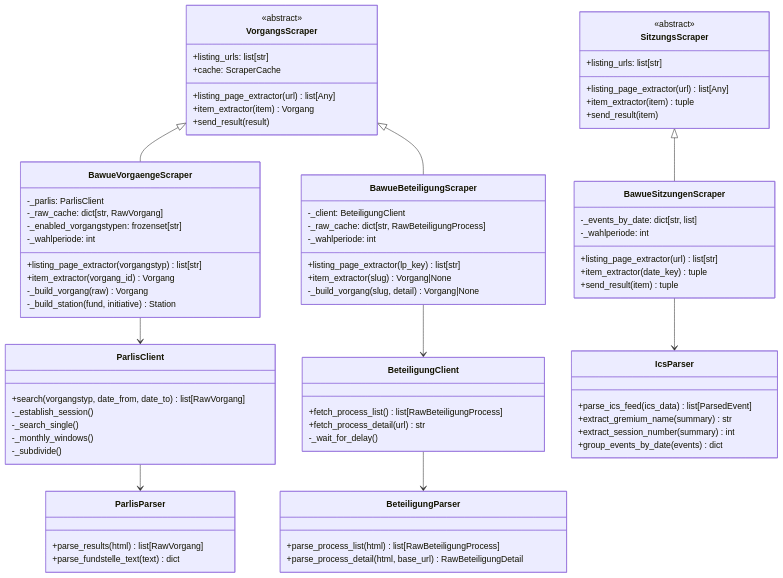
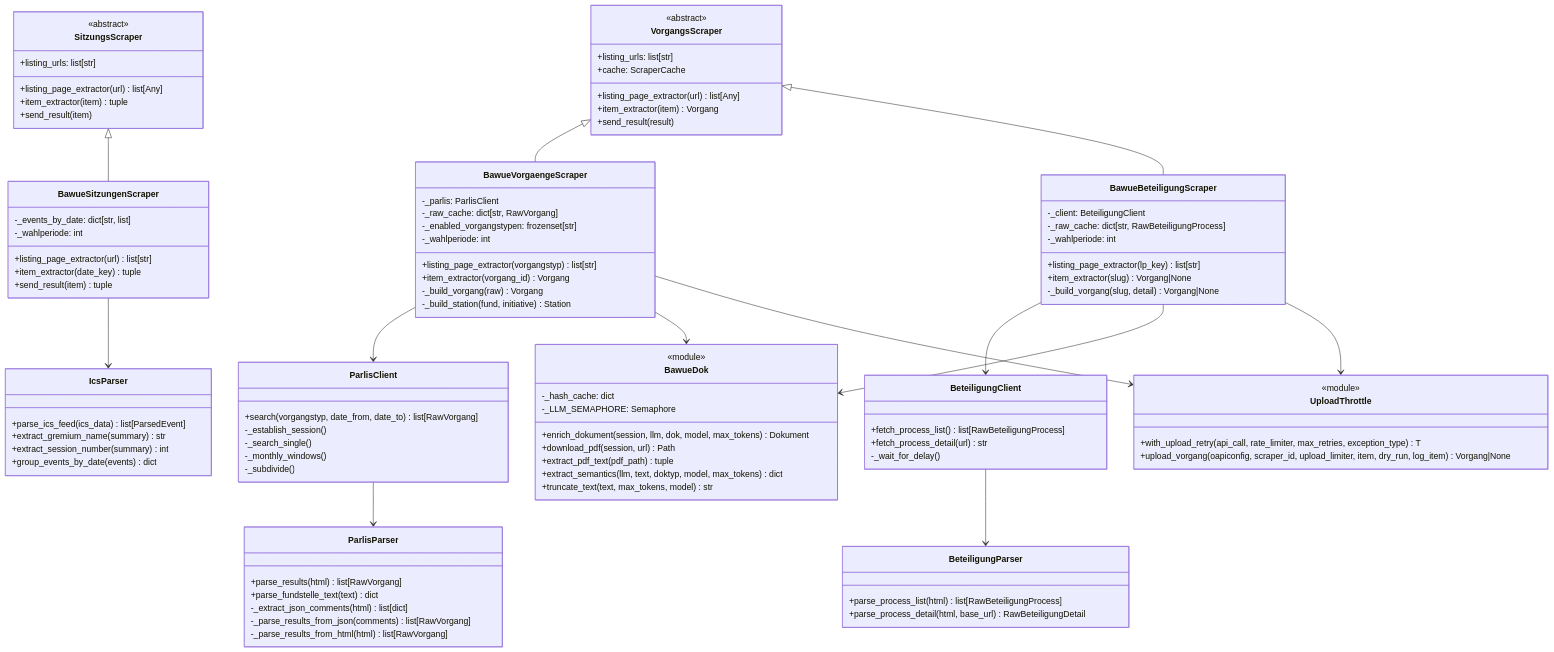
One commit to Parlamentszusammenfasser/pazufa-scraper-bw changed the third of 4 diagrams in docs/architecture.md. Above: the diagram before and after it, drawn with Mermaid. The commit also changed other lines of this file and 3 other files, not shown here.

````diff
--- a/docs/architecture.md
+++ b/docs/architecture.md
@@ -196,6 +206,9 @@
     class ParlisParser {
         +parse_results(html) list[RawVorgang]
         +parse_fundstelle_text(text) dict
+        -_extract_json_comments(html) list[dict]
+        -_parse_results_from_json(comments) list[RawVorgang]
+        -_parse_results_from_html(html) list[RawVorgang]
     }
 
     class IcsParser {
@@ -205,9 +218,30 @@
         +group_events_by_date(events) dict
     }
 
+    class BawueDok {
+        <<module>>
+        +enrich_dokument(session, llm, dok, model, max_tokens) Dokument
+        +download_pdf(session, url) Path
+        +extract_pdf_text(pdf_path) tuple
+        +extract_semantics(llm, text, doktyp, model, max_tokens) dict
+        +truncate_text(text, max_tokens, model) str
+        -_hash_cache: dict
+        -_LLM_SEMAPHORE: Semaphore
+    }
+
+    class UploadThrottle {
+        <<module>>
+        +with_upload_retry(api_call, rate_limiter, max_retries, exception_type) T
+        +upload_vorgang(oapiconfig, scraper_id, upload_limiter, item, dry_run, log_item) Vorgang|None
+    }
+
     BawueVorgaengeScraper --> ParlisClient
+    BawueVorgaengeScraper --> BawueDok
+    BawueVorgaengeScraper --> UploadThrottle
     ParlisClient --> ParlisParser
     BawueBeteiligungScraper --> BeteiligungClient
+    BawueBeteiligungScraper --> BawueDok
+    BawueBeteiligungScraper --> UploadThrottle
     BeteiligungClient --> BeteiligungParser
     BawueSitzungenScraper --> IcsParser
 ```
````
